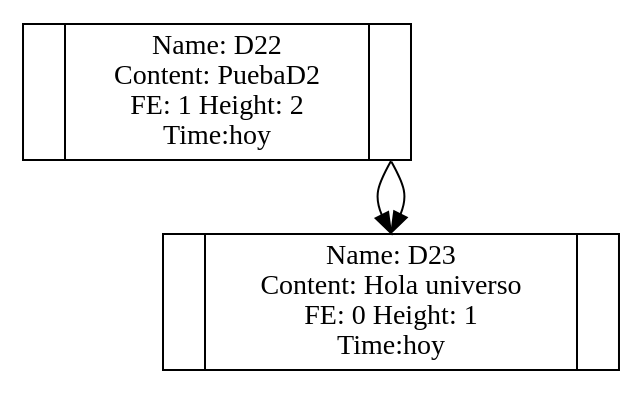
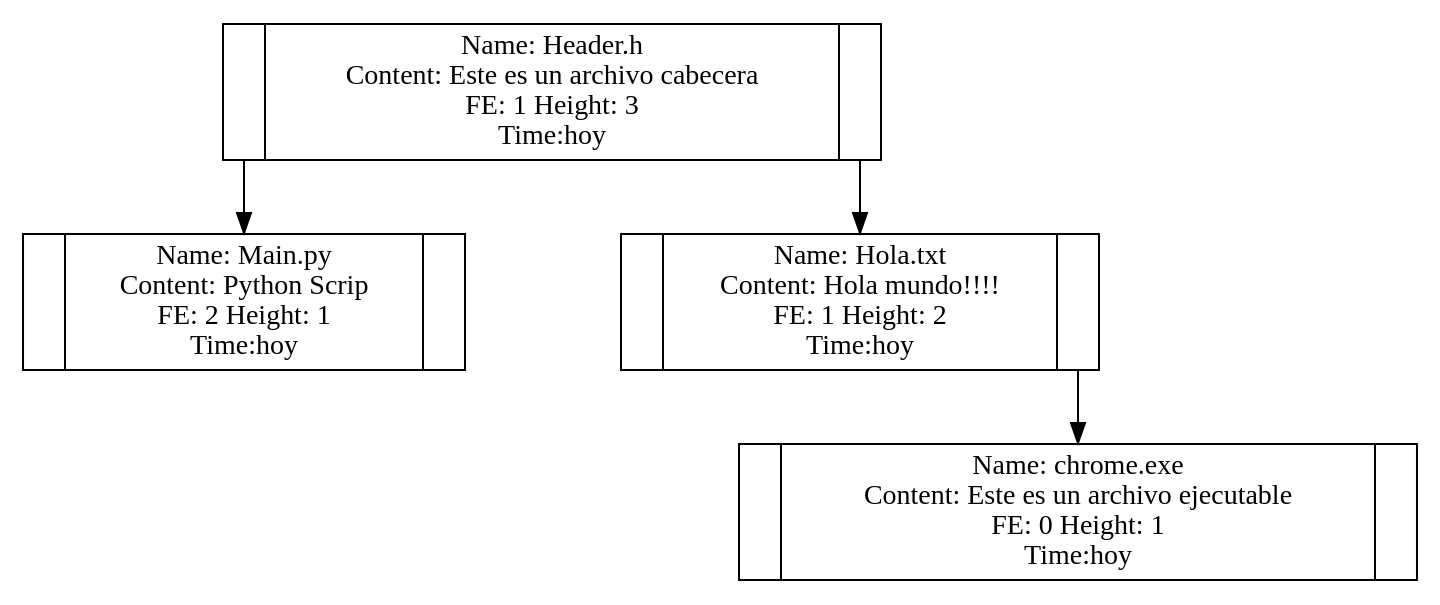
The diagram in AVL.dot (EH0809/EDD_2S2019_PY2_201520498), drawn with Graphviz before and after one commit.

```diff
--- a/AVL.dot
+++ b/AVL.dot
@@ -1,9 +1,8 @@
- digraph AVL{Node_168[label= " <f0>| <f1> Name: D22\n Content: PuebaD2\n FE: 0 Height: 1\n Time:hoy|<f2> " shape="record"] ; 
-Node_168[label= " <f0>| <f1> Name: D22\n Content: PuebaD2\n FE: 1 Height: 2\n Time:hoy|<f2> " shape="record"] ; 
-Node_168:f2->Node_169:f1; 
-Node_169[label= " <f0>| <f1> Name: D23\n Content: hola mundo\n FE: 0 Height: 1\n Time:hoy|<f2> " shape="record"] ; 
-Node_168:f1; 
-Node_168[label= " <f0>| <f1> Name: D22\n Content: PuebaD2\n FE: 1 Height: 2\n Time:hoy|<f2> " shape="record"] ; 
-Node_168:f2->Node_169:f1; 
-Node_169[label= " <f0>| <f1> Name: D23\n Content: Hola universo\n FE: 0 Height: 1\n Time:hoy|<f2> " shape="record"] ; 
+ digraph AVL{Node_735[label= " <f0>| <f1> Name: Header.h\n Content: Este es un archivo cabecera\n FE: 1 Height: 3\n Time:hoy|<f2> " shape="record"] ; 
+Node_735:f0->Node_668:f1; 
+Node_668[label= " <f0>| <f1> Name: Main.py\n Content: Python Scrip\n FE: 2 Height: 1\n Time:hoy|<f2> " shape="record"] ; 
+Node_735:f2->Node_786:f1; 
+Node_786[label= " <f0>| <f1> Name: Hola.txt\n Content: Hola mundo!!!!\n FE: 1 Height: 2\n Time:hoy|<f2> " shape="record"] ; 
+Node_786:f2->Node_1006:f1; 
+Node_1006[label= " <f0>| <f1> Name: chrome.exe\n Content: Este es un archivo ejecutable\n FE: 0 Height: 1\n Time:hoy|<f2> " shape="record"] ; 
 }
```
